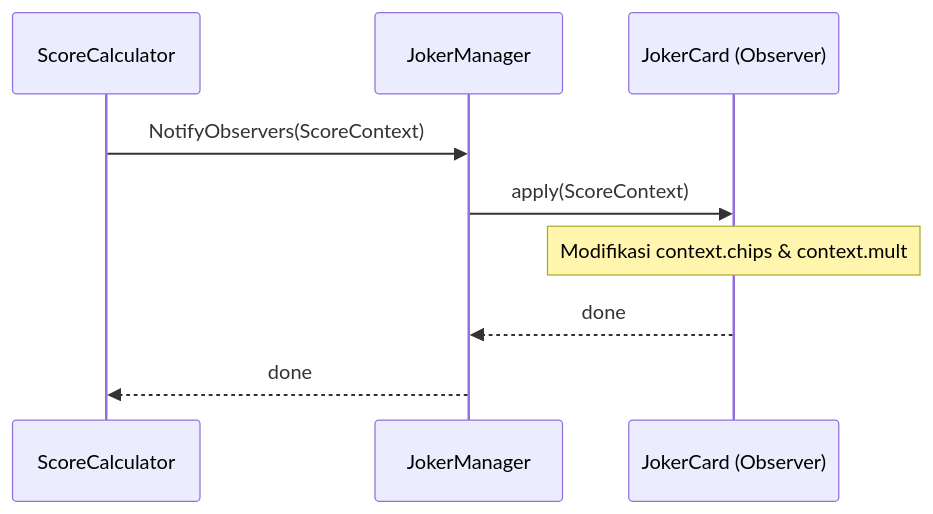
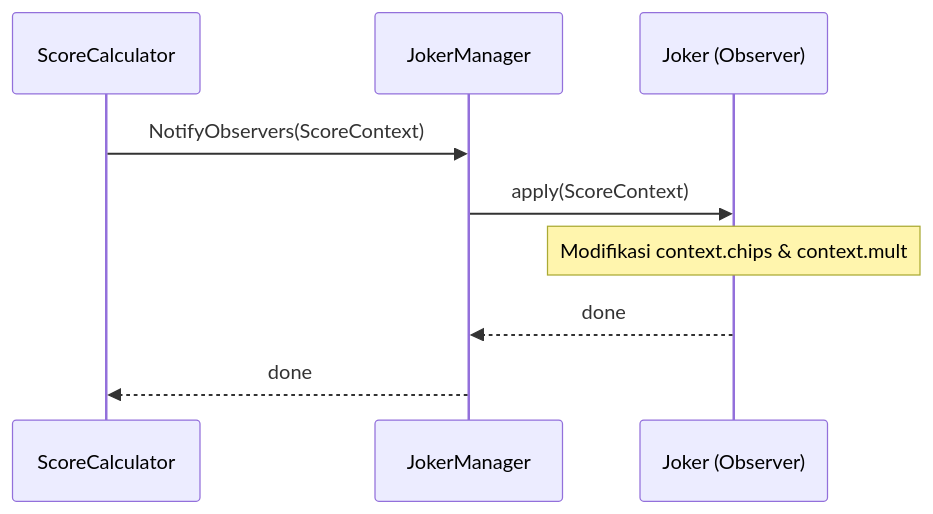
The third of 3 diagrams in docs/technical-design-document.md (Amrhea/Kel.DesignPattern), drawn with Mermaid before and after one commit. The commit also changed other lines of this file and 3 other files, not shown here.

````diff
--- a/docs/technical-design-document.md
+++ b/docs/technical-design-document.md
@@ -90,11 +91,11 @@
 ```mermaid
 sequenceDiagram
     participant SC as ScoreCalculator
     participant JM as JokerManager
-    participant J as JokerCard (Observer)
+    participant J as Joker (Observer)
     SC->>JM: NotifyObservers(ScoreContext)
     JM->>J: apply(ScoreContext)
     Note over J: Modifikasi context.chips & context.mult
     J-->>JM: done
     JM-->>SC: done
 ```
````
